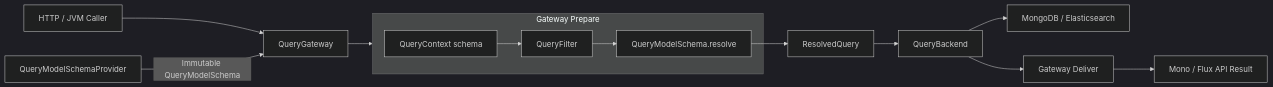
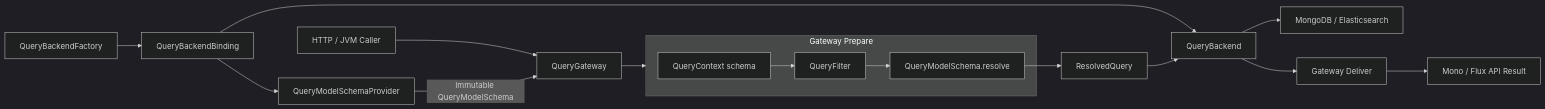
One commit to Ahoo-Wang/Wow changed the first of 2 diagrams in documentation/docs/zh/guide/query/query-gateway-resolved-query-design.md. Above: the diagram before and after it, drawn with Mermaid (dark theme). The commit also changed other lines of this file, not shown here.

Commit message:
docs(query): finalize backend provider binding design

````diff
--- a/documentation/docs/zh/guide/query/query-gateway-resolved-query-design.md
+++ b/documentation/docs/zh/guide/query/query-gateway-resolved-query-design.md
@@ -21,19 +22,22 @@
 ```mermaid
 flowchart LR
     Caller[HTTP / JVM Caller] --> Gateway[QueryGateway]
-    Provider[QueryModelSchemaProvider] -->|Immutable QueryModelSchema| Gateway
+    Factory[QueryBackendFactory] --> Binding[QueryBackendBinding]
+    Binding --> Provider[QueryModelSchemaProvider]
+    Binding --> Backend[QueryBackend]
+    Provider -->|Immutable QueryModelSchema| Gateway
 
     subgraph Prepare[Gateway Prepare]
         Context[QueryContext schema]
         Filter[QueryFilter]
         Resolve[QueryModelSchema.resolve]
         Context --> Filter --> Resolve
     end
 
     Gateway --> Prepare
     Resolve --> Resolved[ResolvedQuery]
-    Resolved --> Backend[QueryBackend]
+    Resolved --> Backend
     Backend --> Store[MongoDB / Elasticsearch]
     Backend --> Deliver[Gateway Deliver]
     Deliver --> Result[Mono / Flux API Result]
 ```
````
